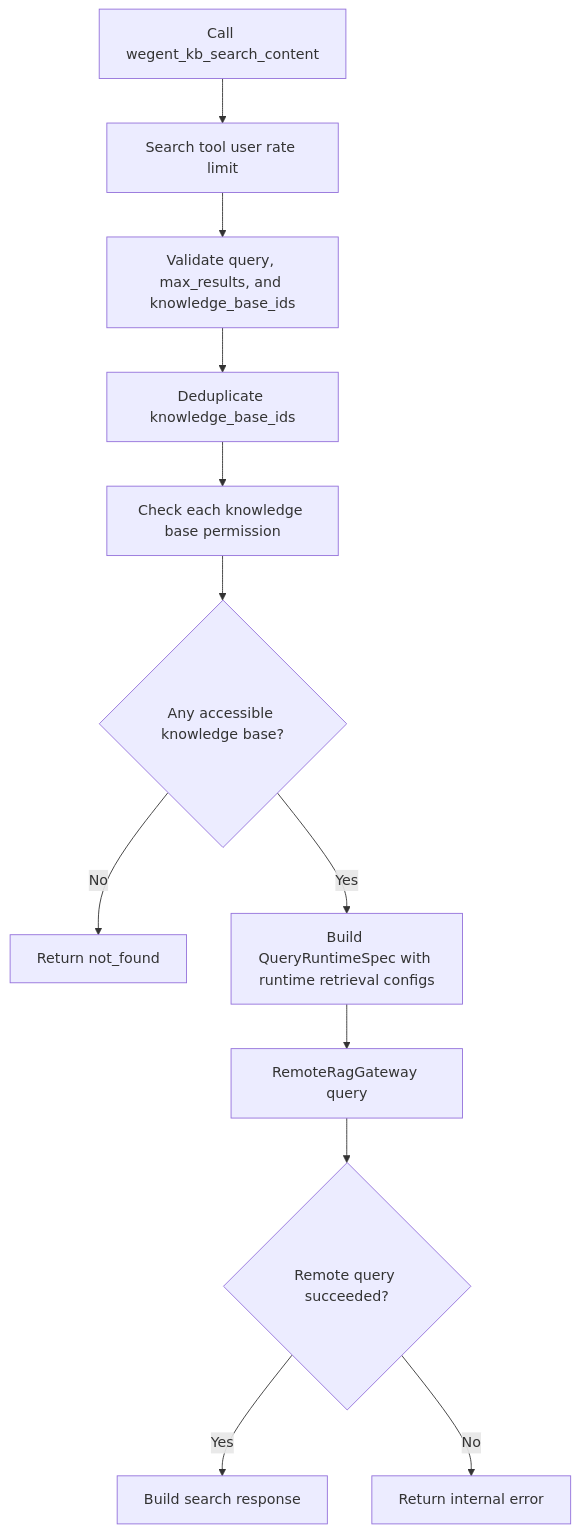
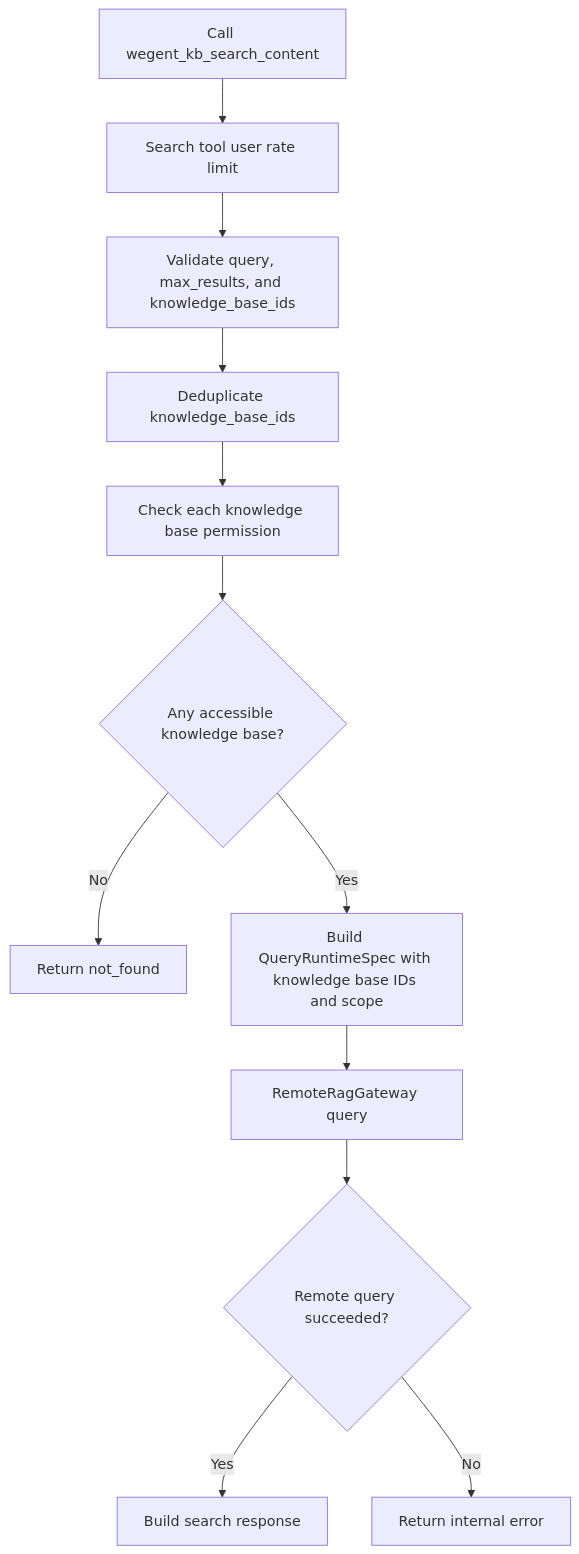
One commit to wecode-ai/Wegent changed the third of 3 diagrams in docs/en/wegent/developer-guide/external-knowledge-mcp.md. Above: the diagram before and after it, drawn with Mermaid. The commit also changed other lines of this file and 21 other files, not shown here.

````diff
--- a/docs/en/wegent/developer-guide/external-knowledge-mcp.md
+++ b/docs/en/wegent/developer-guide/external-knowledge-mcp.md
@@ -267,14 +270,14 @@
 ```mermaid
 flowchart TD
     start[Call wegent_kb_search_content] --> rate[Search tool user rate limit]
     rate --> validate[Validate query, max_results, and knowledge_base_ids]
     validate --> dedupe[Deduplicate knowledge_base_ids]
     dedupe --> access[Check each knowledge base permission]
     access --> found{Any accessible knowledge base?}
     found -->|No| not_found[Return not_found]
-    found -->|Yes| spec[Build QueryRuntimeSpec with runtime retrieval configs]
+    found -->|Yes| spec[Build QueryRuntimeSpec with knowledge base IDs and scope]
     spec --> remote_query[RemoteRagGateway query]
     remote_query --> ok{Remote query succeeded?}
     ok -->|Yes| response[Build search response]
     ok -->|No| error[Return internal error]
 ```
````
